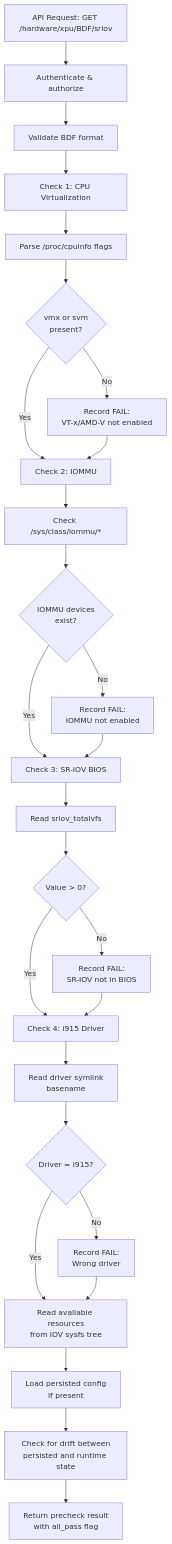
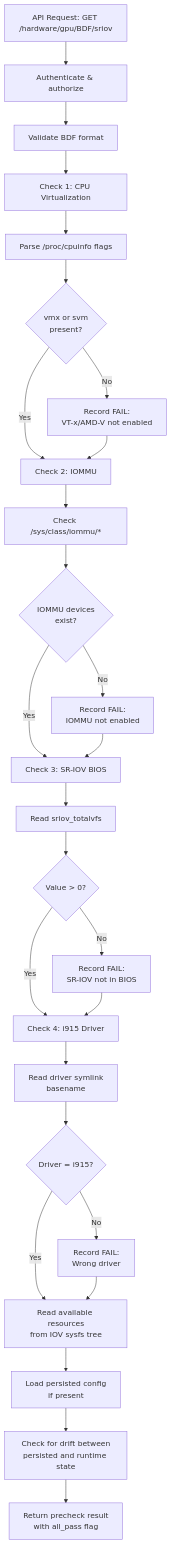
The second of 11 diagrams in docs/designs.md (Azerothian/pmx-gpu-manager), drawn with Mermaid before and after one commit. The commit also changed other lines of this file and 17 other files, not shown here.

First line of the commit message:
Rename Perl modules and API routes from XPU to GPU

````diff
--- a/docs/designs.md
+++ b/docs/designs.md
@@ -178,29 +178,29 @@
 ```mermaid
 flowchart TD
-    A[API Request: GET /hardware/xpu/BDF/sriov] --> B[Authenticate & authorize]
+    A[API Request: GET /hardware/gpu/BDF/sriov] --> B[Authenticate & authorize]
     B --> C[Validate BDF format]
     C --> D[Check 1: CPU Virtualization]
     D --> D1[Parse /proc/cpuinfo flags]
     D1 --> D2{vmx or svm<br/>present?}
     D2 -- Yes --> E[Check 2: IOMMU]
     D2 -- No --> D3[Record FAIL:<br/>VT-x/AMD-V not enabled]
     D3 --> E
     E --> E1[Check /sys/class/iommu/*]
     E1 --> E2{IOMMU devices<br/>exist?}
     E2 -- Yes --> F[Check 3: SR-IOV BIOS]
     E2 -- No --> E3[Record FAIL:<br/>IOMMU not enabled]
     E3 --> F
     F --> F1[Read sriov_totalvfs]
     F1 --> F2{Value > 0?}
     F2 -- Yes --> G[Check 4: i915 Driver]
     F2 -- No --> F3[Record FAIL:<br/>SR-IOV not in BIOS]
     F3 --> G
     G --> G1[Read driver symlink<br/>basename]
     G1 --> G2{Driver = i915?}
     G2 -- Yes --> H[Read available resources<br/>from IOV sysfs tree]
     G2 -- No --> G3[Record FAIL:<br/>Wrong driver]
     G3 --> H
     H --> I[Load persisted config<br/>if present]
     I --> J[Check for drift between<br/>persisted and runtime state]
     J --> K[Return precheck result<br/>with all_pass flag]
 ```
````
